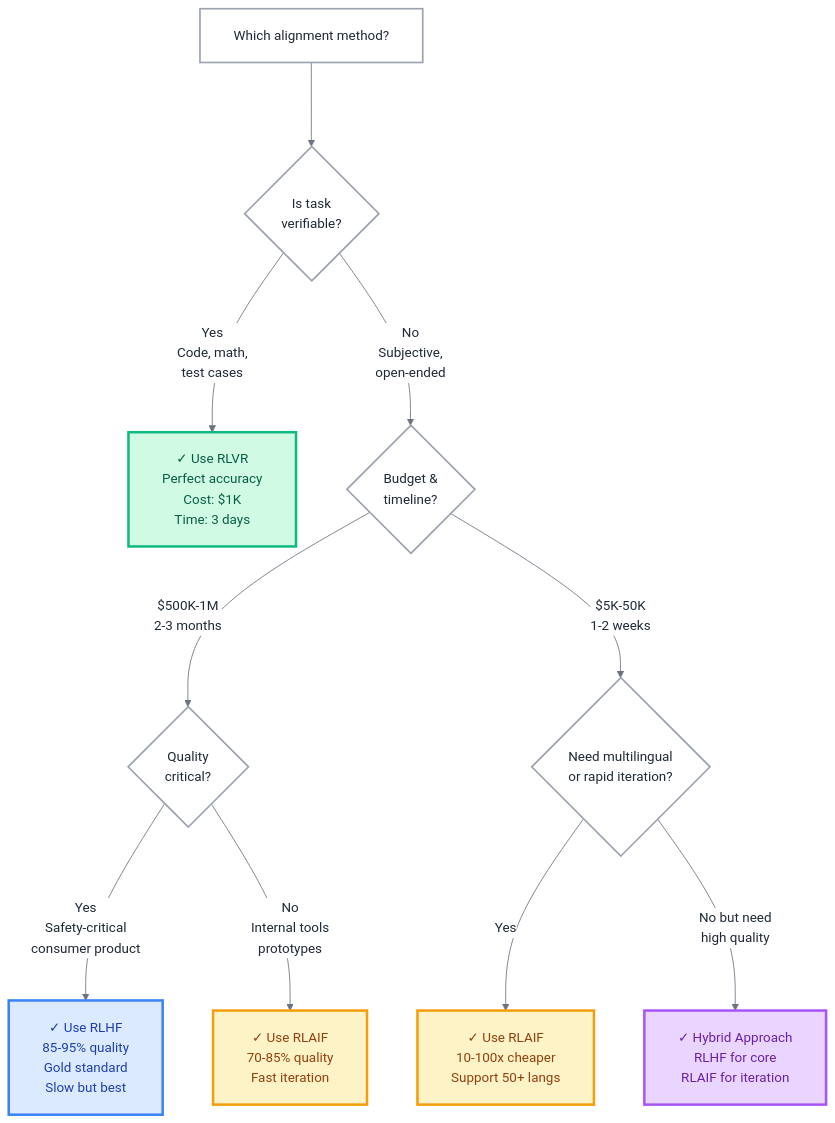
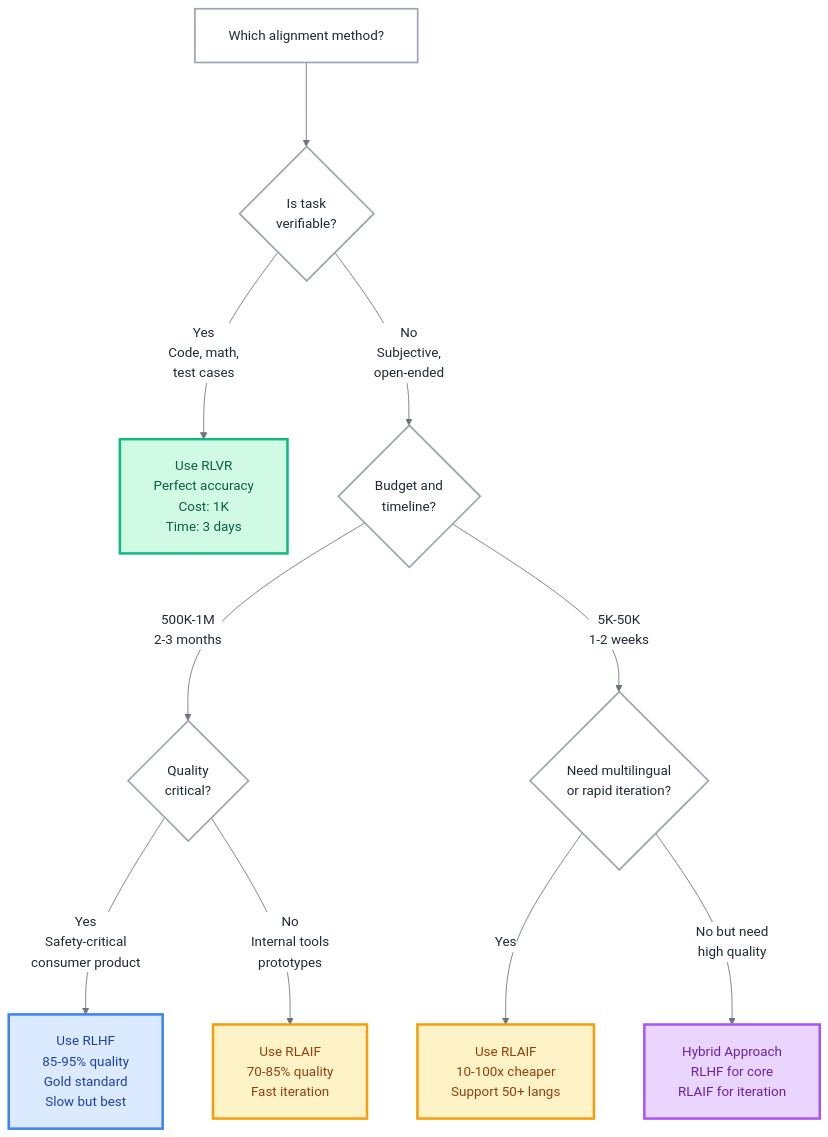
The third of 3 diagrams in _posts/2026/2026-02-18-rlhf-rlaif-rlvr.md (saraswatmks/saraswatmks.github.com), drawn with Mermaid before and after one commit.

Commit message:
toc fix v3

```diff
--- a/_posts/2026/2026-02-18-rlhf-rlaif-rlvr.md
+++ b/_posts/2026/2026-02-18-rlhf-rlaif-rlvr.md
@@ -315,50 +315,50 @@
 <div class="mermaid">
 %%{init: {
   'theme': 'base',
   'themeVariables': {
     'primaryColor': '#FFFFFF',
     'primaryTextColor': '#1F2937',
     'primaryBorderColor': '#9CA3AF',
     'lineColor': '#6B7280',
     'fontSize': '16px',
     'fontFamily': 'system-ui, -apple-system, sans-serif'
   },
   'flowchart': {
     'nodeSpacing': 60,
     'rankSpacing': 100,
     'padding': 20,
     'useMaxWidth': true,
     'htmlLabels': true
   }
 }}%%
 
 flowchart TD
     Start[Which alignment method?] --> Q1{Is task<br/>verifiable?}
 
-    Q1 -->|Yes<br/>Code, math,<br/>test cases| RLVR[✓ Use RLVR<br/>Perfect accuracy<br/>Cost: $1K<br/>Time: 3 days]
+    Q1 -->|Yes<br/>Code, math,<br/>test cases| RLVR[Use RLVR<br/>Perfect accuracy<br/>Cost: 1K<br/>Time: 3 days]
 
-    Q1 -->|No<br/>Subjective,<br/>open-ended| Q2{Budget &<br/>timeline?}
+    Q1 -->|No<br/>Subjective,<br/>open-ended| Q2{Budget and<br/>timeline?}
 
-    Q2 -->|$500K-1M<br/>2-3 months| Q3{Quality<br/>critical?}
+    Q2 -->|500K-1M<br/>2-3 months| Q3{Quality<br/>critical?}
 
-    Q3 -->|Yes<br/>Safety-critical<br/>consumer product| RLHF[✓ Use RLHF<br/>85-95% quality<br/>Gold standard<br/>Slow but best]
+    Q3 -->|Yes<br/>Safety-critical<br/>consumer product| RLHF[Use RLHF<br/>85-95% quality<br/>Gold standard<br/>Slow but best]
 
-    Q3 -->|No<br/>Internal tools<br/>prototypes| RLAIF1[✓ Use RLAIF<br/>70-85% quality<br/>Fast iteration]
+    Q3 -->|No<br/>Internal tools<br/>prototypes| RLAIF1[Use RLAIF<br/>70-85% quality<br/>Fast iteration]
 
-    Q2 -->|$5K-50K<br/>1-2 weeks| Q4{Need multilingual<br/>or rapid iteration?}
+    Q2 -->|5K-50K<br/>1-2 weeks| Q4{Need multilingual<br/>or rapid iteration?}
 
-    Q4 -->|Yes| RLAIF2[✓ Use RLAIF<br/>10-100x cheaper<br/>Support 50+ langs]
+    Q4 -->|Yes| RLAIF2[Use RLAIF<br/>10-100x cheaper<br/>Support 50+ langs]
 
-    Q4 -->|No but need<br/>high quality| Hybrid[✓ Hybrid Approach<br/>RLHF for core<br/>RLAIF for iteration]
+    Q4 -->|No but need<br/>high quality| Hybrid[Hybrid Approach<br/>RLHF for core<br/>RLAIF for iteration]
 
     style Start fill:#FFFFFF,stroke:#9CA3AF,stroke-width:2px,color:#1F2937
     style Q1 fill:#FFFFFF,stroke:#9CA3AF,stroke-width:2px,color:#1F2937
     style Q2 fill:#FFFFFF,stroke:#9CA3AF,stroke-width:2px,color:#1F2937
     style Q3 fill:#FFFFFF,stroke:#9CA3AF,stroke-width:2px,color:#1F2937
     style Q4 fill:#FFFFFF,stroke:#9CA3AF,stroke-width:2px,color:#1F2937
     style RLVR fill:#D1FAE5,stroke:#10B981,stroke-width:3px,color:#065F46
     style RLHF fill:#DBEAFE,stroke:#3B82F6,stroke-width:3px,color:#1E40AF
     style RLAIF1 fill:#FEF3C7,stroke:#F59E0B,stroke-width:3px,color:#92400E
     style RLAIF2 fill:#FEF3C7,stroke:#F59E0B,stroke-width:3px,color:#92400E
     style Hybrid fill:#E9D5FF,stroke:#A855F7,stroke-width:3px,color:#6B21A8
 </div>
```
